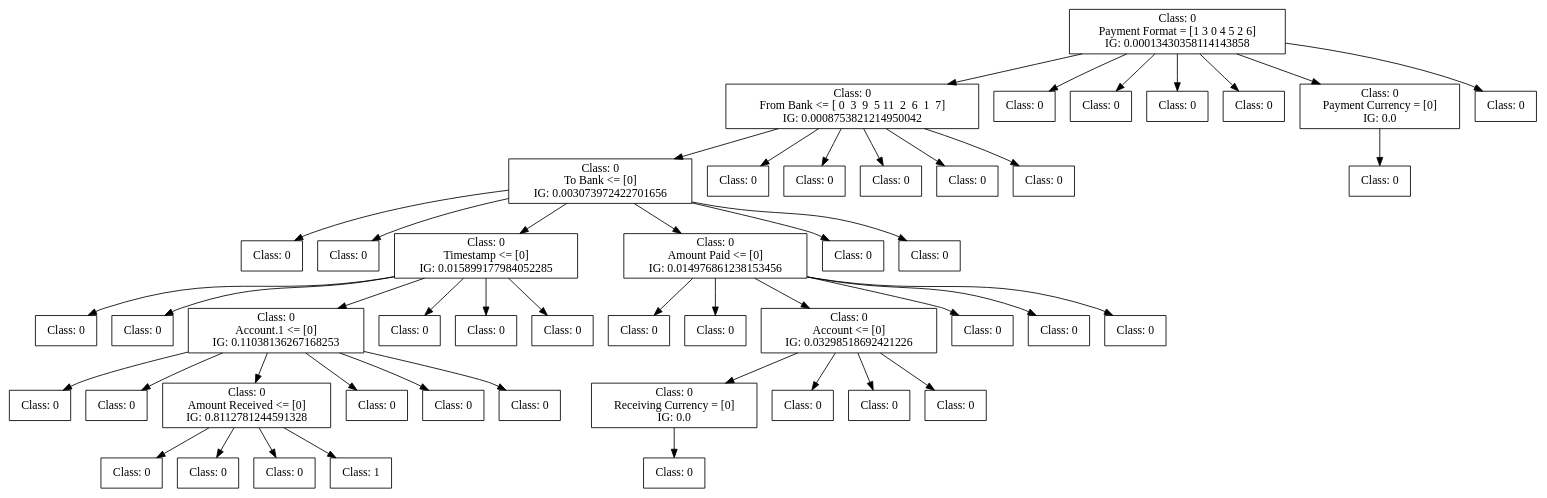
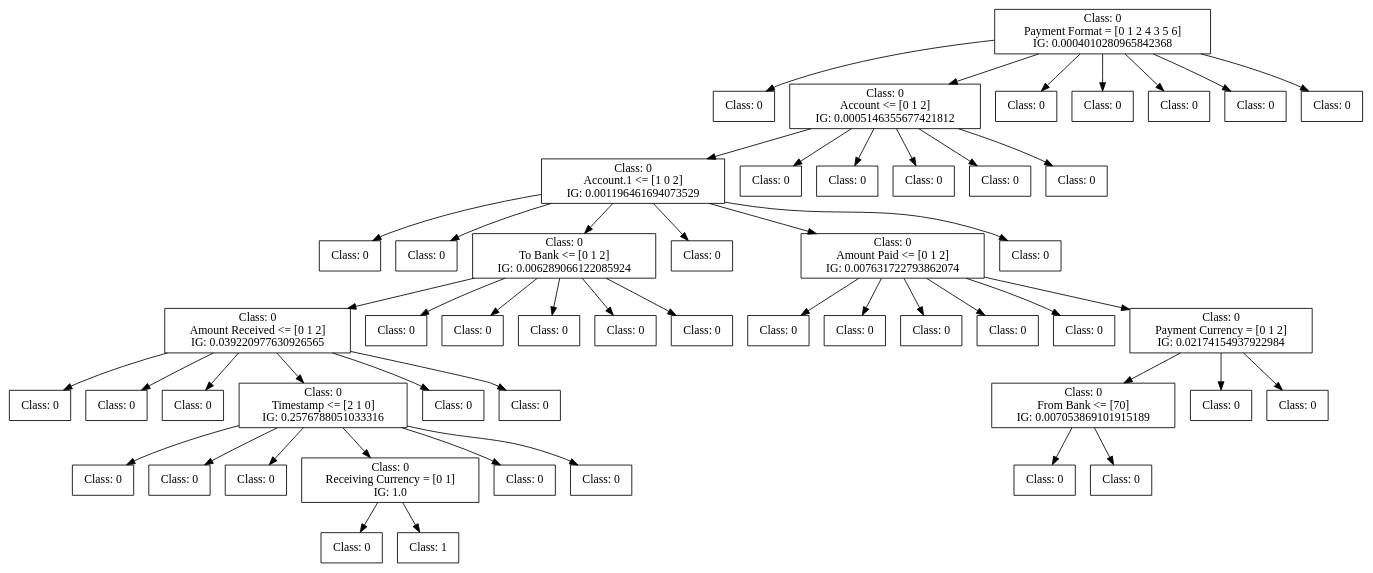
The diagram in dot_figs/tree-id3.dot (FedericoBruzzone/anti-money-laundering), drawn with Graphviz before and after one commit. The commit also changed 40 other files, not shown here.

```diff
--- a/dot_figs/tree-id3.dot
+++ b/dot_figs/tree-id3.dot
@@ -1,157 +1,166 @@
 digraph DecisionTree {
 	rankdir=TD;
 	node [shape=box];
-	2413356856992 [label="Class: 0
-Payment Format = [1 3 0 4 5 2 6]
-IG: 0.00013430358114143858"];
-	2413386944128 [label="Class: 0
-From Bank <= [ 0  3  9  5 11  2  6  1  7]
-IG: 0.0008753821214950042"];
-	2413356856992 -> 2413386944128;
-	2413386956176 [label="Class: 0
-To Bank <= [0]
-IG: 0.003073972422701656"];
-	2413386944128 -> 2413386956176;
-	2413402661952 [label="Class: 0
+	2250338346000 [label="Class: 0
+Payment Format = [0 1 2 4 3 5 6]
+IG: 0.0004010280965842368"];
+	2250396091728 [label="Class: 0
 "];
-	2413386956176 -> 2413402661952;
-	2413402662192 [label="Class: 0
+	2250338346000 -> 2250396091728;
+	2250396096288 [label="Class: 0
+Account <= [0 1 2]
+IG: 0.0005146355677421812"];
+	2250338346000 -> 2250396096288;
+	2250396106080 [label="Class: 0
+Account.1 <= [1 0 2]
+IG: 0.001196461694073529"];
+	2250396096288 -> 2250396106080;
+	2250471318064 [label="Class: 0
 "];
-	2413386956176 -> 2413402662192;
-	2413402661280 [label="Class: 0
-Timestamp <= [0]
-IG: 0.015899177984052285"];
-	2413386956176 -> 2413402661280;
-	2413402668960 [label="Class: 0
+	2250396106080 -> 2250471318064;
+	2250471318304 [label="Class: 0
 "];
-	2413402661280 -> 2413402668960;
-	2413402667184 [label="Class: 0
+	2250396106080 -> 2250471318304;
+	2250471318016 [label="Class: 0
+To Bank <= [0 1 2]
+IG: 0.006289066122085924"];
+	2250396106080 -> 2250471318016;
+	2250471320752 [label="Class: 0
+Amount Received <= [0 1 2]
+IG: 0.039220977630926565"];
+	2250471318016 -> 2250471320752;
+	2250422197632 [label="Class: 0
 "];
-	2413402661280 -> 2413402667184;
-	2413402668864 [label="Class: 0
-Account.1 <= [0]
-IG: 0.11038136267168253"];
-	2413402661280 -> 2413402668864;
-	2413402378192 [label="Class: 0
+	2250471320752 -> 2250422197632;
+	2250422197872 [label="Class: 0
 "];
-	2413402668864 -> 2413402378192;
-	2413402381360 [label="Class: 0
+	2250471320752 -> 2250422197872;
+	2250422197584 [label="Class: 0
 "];
-	2413402668864 -> 2413402381360;
-	2413402380880 [label="Class: 0
-Amount Received <= [0]
-IG: 0.8112781244591328"];
-	2413402668864 -> 2413402380880;
-	2413402386304 [label="Class: 0
+	2250471320752 -> 2250422197584;
+	2250422197440 [label="Class: 0
+Timestamp <= [2 1 0]
+IG: 0.2576788051033316"];
+	2250471320752 -> 2250422197440;
+	2250422201088 [label="Class: 0
 "];
-	2413402380880 -> 2413402386304;
-	2413402385728 [label="Class: 0
+	2250422197440 -> 2250422201088;
+	2250422203776 [label="Class: 0
 "];
-	2413402380880 -> 2413402385728;
-	2413402385440 [label="Class: 0
+	2250422197440 -> 2250422203776;
+	2250422196720 [label="Class: 0
 "];
-	2413402380880 -> 2413402385440;
-	2413402385680 [label="Class: 1
+	2250422197440 -> 2250422196720;
+	2250422203488 [label="Class: 0
+Receiving Currency = [0 1]
+IG: 1.0"];
+	2250422197440 -> 2250422203488;
+	2250422205264 [label="Class: 0
 "];
-	2413402380880 -> 2413402385680;
-	2413402381168 [label="Class: 0
+	2250422203488 -> 2250422205264;
+	2250422204064 [label="Class: 1
 "];
-	2413402668864 -> 2413402381168;
-	2413402377280 [label="Class: 0
+	2250422203488 -> 2250422204064;
+	2250422203248 [label="Class: 0
 "];
-	2413402668864 -> 2413402377280;
-	2413402381408 [label="Class: 0
+	2250422197440 -> 2250422203248;
+	2250422203968 [label="Class: 0
 "];
-	2413402668864 -> 2413402381408;
-	2413402664640 [label="Class: 0
+	2250422197440 -> 2250422203968;
+	2250422197728 [label="Class: 0
 "];
-	2413402661280 -> 2413402664640;
-	2413402665744 [label="Class: 0
+	2250471320752 -> 2250422197728;
+	2250422198064 [label="Class: 0
 "];
-	2413402661280 -> 2413402665744;
-	2413402666128 [label="Class: 0
+	2250471320752 -> 2250422198064;
+	2250471323680 [label="Class: 0
 "];
-	2413402661280 -> 2413402666128;
-	2413402659936 [label="Class: 0
-Amount Paid <= [0]
-IG: 0.014976861238153456"];
-	2413386956176 -> 2413402659936;
-	2413402386064 [label="Class: 0
+	2250471318016 -> 2250471323680;
+	2250471324160 [label="Class: 0
 "];
-	2413402659936 -> 2413402386064;
-	2413402390336 [label="Class: 0
+	2250471318016 -> 2250471324160;
+	2250471312544 [label="Class: 0
 "];
-	2413402659936 -> 2413402390336;
-	2413402389520 [label="Class: 0
-Account <= [0]
-IG: 0.03298518692421226"];
-	2413402659936 -> 2413402389520;
-	2413402312032 [label="Class: 0
-Receiving Currency = [0]
-IG: 0.0"];
-	2413402389520 -> 2413402312032;
-	2413402312944 [label="Class: 0
+	2250471318016 -> 2250471312544;
+	2250471323056 [label="Class: 0
 "];
-	2413402312032 -> 2413402312944;
-	2413402311456 [label="Class: 0
+	2250471318016 -> 2250471323056;
+	2250471322096 [label="Class: 0
 "];
-	2413402389520 -> 2413402311456;
-	2413402309584 [label="Class: 0
+	2250471318016 -> 2250471322096;
+	2250471317872 [label="Class: 0
 "];
-	2413402389520 -> 2413402309584;
-	2413402311408 [label="Class: 0
+	2250396106080 -> 2250471317872;
+	2250471318160 [label="Class: 0
+Amount Paid <= [0 1 2]
+IG: 0.007631722793862074"];
+	2250396106080 -> 2250471318160;
+	2250422259712 [label="Class: 0
 "];
-	2413402389520 -> 2413402311408;
-	2413402389568 [label="Class: 0
+	2250471318160 -> 2250422259712;
+	2250422259952 [label="Class: 0
 "];
-	2413402659936 -> 2413402389568;
-	2413402386352 [label="Class: 0
+	2250471318160 -> 2250422259952;
+	2250422259664 [label="Class: 0
 "];
-	2413402659936 -> 2413402386352;
-	2413402383856 [label="Class: 0
+	2250471318160 -> 2250422259664;
+	2250422259520 [label="Class: 0
 "];
-	2413402659936 -> 2413402383856;
-	2413402662048 [label="Class: 0
+	2250471318160 -> 2250422259520;
+	2250422259808 [label="Class: 0
 "];
-	2413386956176 -> 2413402662048;
-	2413402662384 [label="Class: 0
+	2250471318160 -> 2250422259808;
+	2250422260144 [label="Class: 0
+Payment Currency = [0 1 2]
+IG: 0.02174154937922984"];
+	2250471318160 -> 2250422260144;
+	2250422262352 [label="Class: 0
+From Bank <= [70]
+IG: 0.007053869101915189"];
+	2250422260144 -> 2250422262352;
+	2250422264752 [label="Class: 0
 "];
-	2413386956176 -> 2413402662384;
-	2413386952000 [label="Class: 0
+	2250422262352 -> 2250422264752;
+	2250422265184 [label="Class: 0
 "];
-	2413386944128 -> 2413386952000;
-	2413386955840 [label="Class: 0
+	2250422262352 -> 2250422265184;
+	2250422263120 [label="Class: 0
 "];
-	2413386944128 -> 2413386955840;
-	2413386956656 [label="Class: 0
+	2250422260144 -> 2250422263120;
+	2250422256688 [label="Class: 0
 "];
-	2413386944128 -> 2413386956656;
-	2413386952960 [label="Class: 0
+	2250422260144 -> 2250422256688;
+	2250471318496 [label="Class: 0
 "];
-	2413386944128 -> 2413386952960;
-	2413386954928 [label="Class: 0
+	2250396106080 -> 2250471318496;
+	2250396105168 [label="Class: 0
 "];
-	2413386944128 -> 2413386954928;
-	2413386945760 [label="Class: 0
+	2250396096288 -> 2250396105168;
+	2250396100656 [label="Class: 0
 "];
-	2413356856992 -> 2413386945760;
-	2413386943072 [label="Class: 0
+	2250396096288 -> 2250396100656;
+	2250396106368 [label="Class: 0
 "];
-	2413356856992 -> 2413386943072;
-	2413386944080 [label="Class: 0
+	2250396096288 -> 2250396106368;
+	2250396106656 [label="Class: 0
 "];
-	2413356856992 -> 2413386944080;
-	2413386944416 [label="Class: 0
+	2250396096288 -> 2250396106656;
+	2250396106560 [label="Class: 0
 "];
-	2413356856992 -> 2413386944416;
-	2413386941200 [label="Class: 0
-Payment Currency = [0]
-IG: 0.0"];
-	2413356856992 -> 2413386941200;
-	2413402312992 [label="Class: 0
+	2250396096288 -> 2250396106560;
+	2250396095184 [label="Class: 0
 "];
-	2413386941200 -> 2413402312992;
-	2413386945616 [label="Class: 0
+	2250338346000 -> 2250396095184;
+	2250396095664 [label="Class: 0
 "];
-	2413356856992 -> 2413386945616;
+	2250338346000 -> 2250396095664;
+	2250396094608 [label="Class: 0
+"];
+	2250338346000 -> 2250396094608;
+	2250396095520 [label="Class: 0
+"];
+	2250338346000 -> 2250396095520;
+	2250396096144 [label="Class: 0
+"];
+	2250338346000 -> 2250396096144;
 }
```
